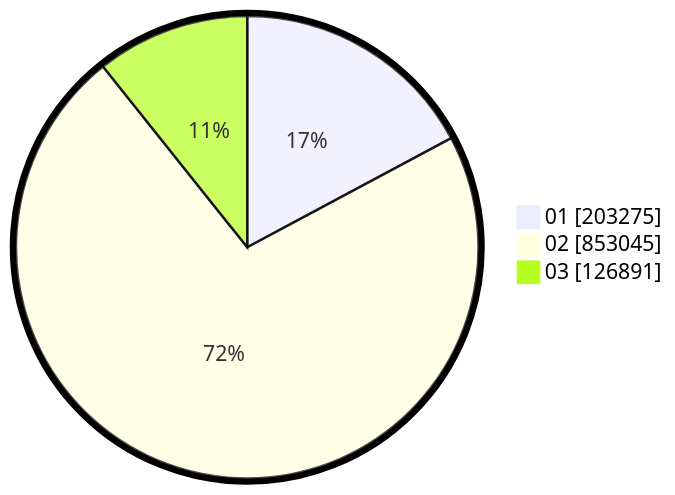
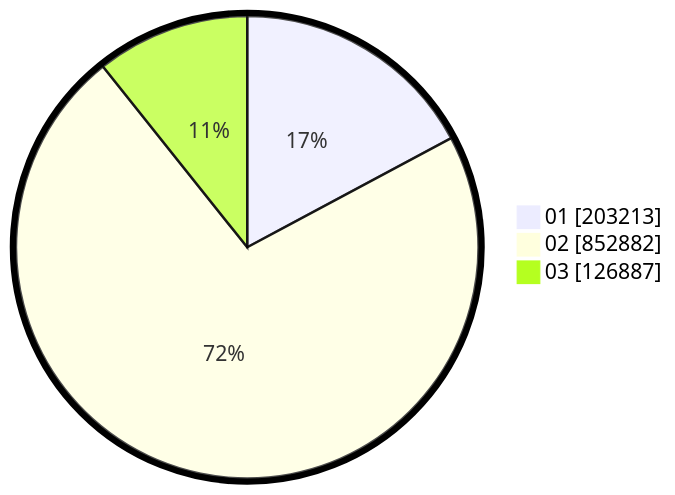
One commit to gigit-pemilu/pemilu-2024 changed the second of 2 diagrams in pilpres/hitung-suara/sub/table-wilayah-62.md. Above: the diagram before and after it, drawn with Mermaid. The commit also changed other lines of this file and 8 other files, not shown here.

````diff
--- a/pilpres/hitung-suara/sub/table-wilayah-62.md
+++ b/pilpres/hitung-suara/sub/table-wilayah-62.md
@@ -15,7 +15,7 @@
 ```mermaid
 %%{init: {"pie": {"textPosition": 0.5}, "themeVariables": {"pieOuterStrokeWidth": "5px"}} }%%
 pie showData
-    "01" : 203275
-    "02" : 853045
-    "03" : 126891
+    "01" : 203213
+    "02" : 852882
+    "03" : 126887
 ```
````
